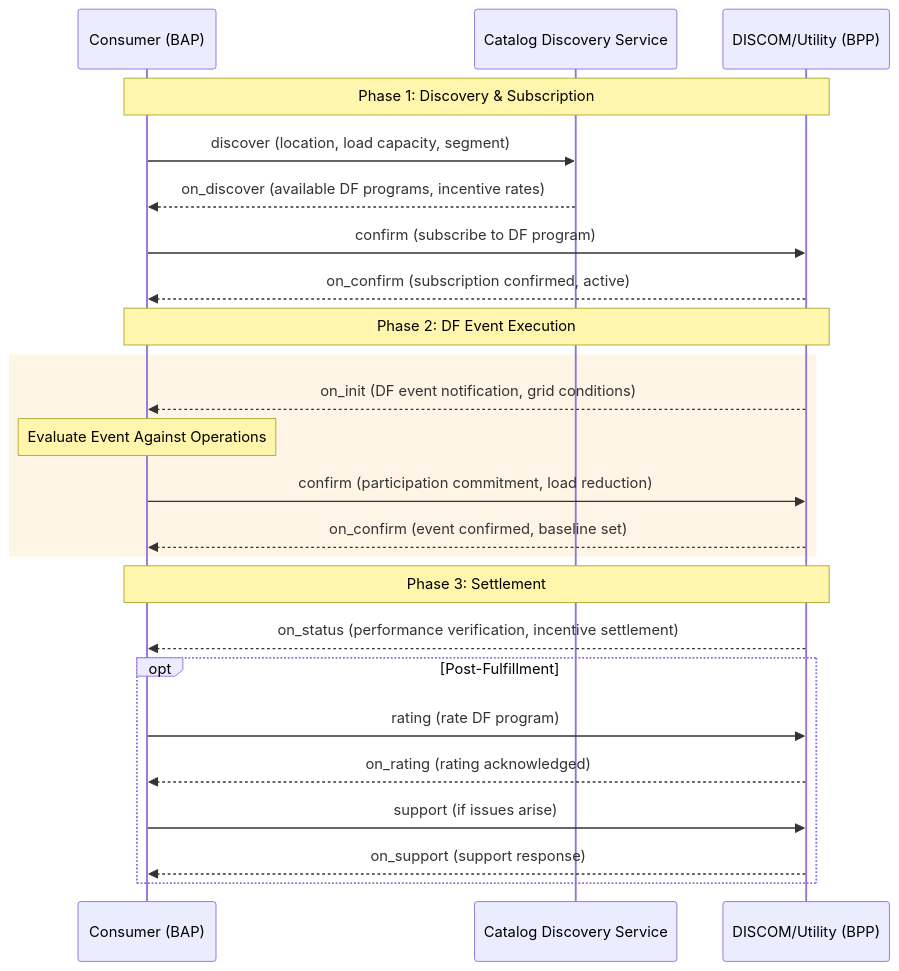
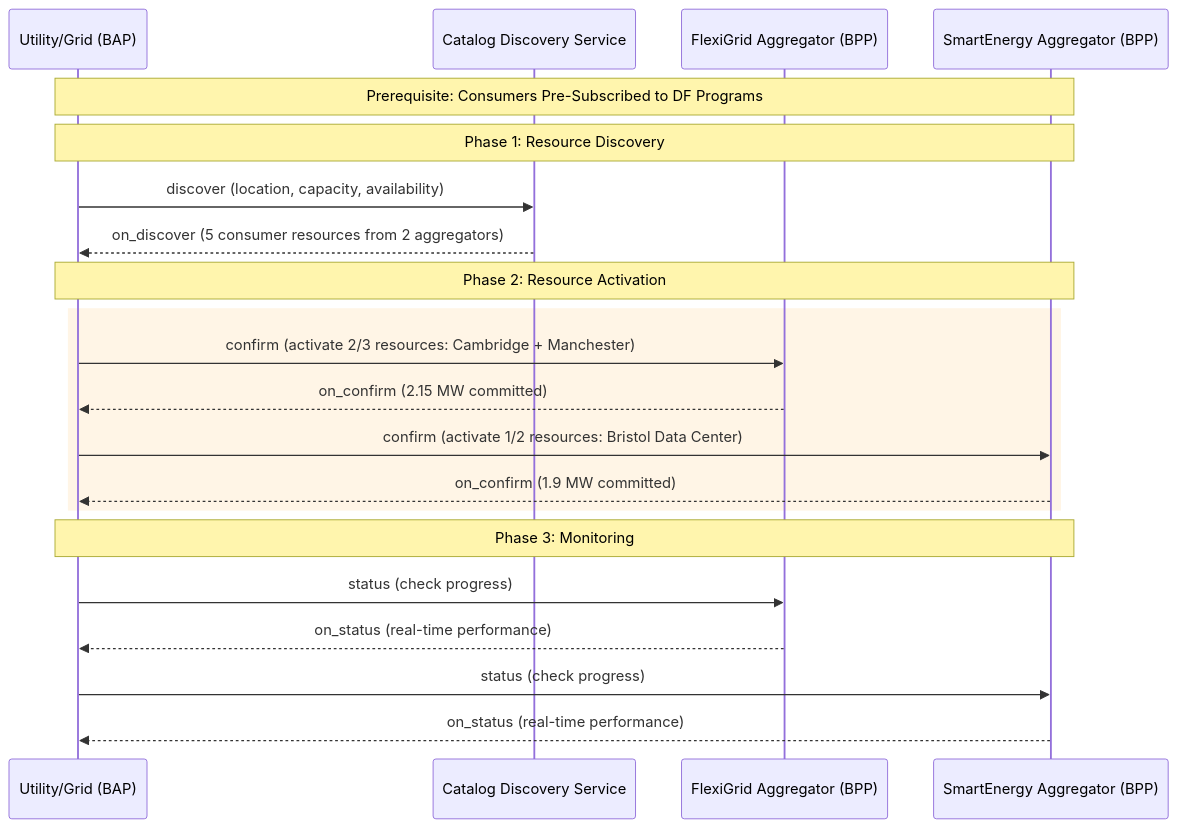
One commit to Beckn-One/DEG changed the diagram in docs/implementation-guides/v2/Demand_Flexibility/Demand_Flexibility_V0.2-draft.md. Above: the diagram before and after it, drawn with Mermaid. The commit also changed other lines of this file and 27 other files, not shown here.

Commit message:
docs: implementation guide and examples with updated sync flow

````diff
--- a/docs/implementation-guides/v2/Demand_Flexibility/Demand_Flexibility_V0.2-draft.md
+++ b/docs/implementation-guides/v2/Demand_Flexibility/Demand_Flexibility_V0.2-draft.md
@@ -374,32 +361,29 @@
 ```mermaid
 sequenceDiagram
-    participant C as Consumer (BAP)
+    participant U as Utility/Grid (BAP)
     participant CDS as Catalog Discovery Service
-    participant D as DISCOM/Utility (BPP)
+    participant A1 as FlexiGrid Aggregator (BPP)
+    participant A2 as SmartEnergy Aggregator (BPP)
     
-    Note over C,D: Phase 1: Discovery & Subscription
-    C->>CDS: discover (location, load capacity, segment)
-    CDS-->>C: on_discover (available DF programs, incentive rates)
+    Note over U,A2: Prerequisite: Consumers Pre-Subscribed to DF Programs
     
-    C->>D: confirm (subscribe to DF program)
-    D-->>C: on_confirm (subscription confirmed, active)
+    Note over U,A2: Phase 1: Resource Discovery
+    U->>CDS: discover (location, capacity, availability)
+    CDS-->>U: on_discover (5 consumer resources from 2 aggregators)
     
-    Note over C,D: Phase 2: DF Event Execution
+    Note over U,A2: Phase 2: Resource Activation
     rect rgb(255, 245, 230)
-        D-->>C: on_init (DF event notification, grid conditions)
-        Note over C: Evaluate Event Against Operations
-        C->>D: confirm (participation commitment, load reduction)
-        D-->>C: on_confirm (event confirmed, baseline set)
+        U->>A1: confirm (activate 2/3 resources: Cambridge + Manchester)
+        A1-->>U: on_confirm (2.15 MW committed)
+        
+        U->>A2: confirm (activate 1/2 resources: Bristol Data Center)
+        A2-->>U: on_confirm (1.9 MW committed)
     end
     
-    Note over C,D: Phase 3: Settlement
-    D-->>C: on_status (performance verification, incentive settlement)
+    Note over U,A2: Phase 3: Monitoring
+    U->>A1: status (check progress)
+    A1-->>U: on_status (real-time performance)
     
-    opt Post-Fulfillment
-        C->>D: rating (rate DF program)
-        D-->>C: on_rating (rating acknowledged)
-        
-        C->>D: support (if issues arise)
-        D-->>C: on_support (support response)
-    end
+    U->>A2: status (check progress)
+    A2-->>U: on_status (real-time performance)
 ```
````
